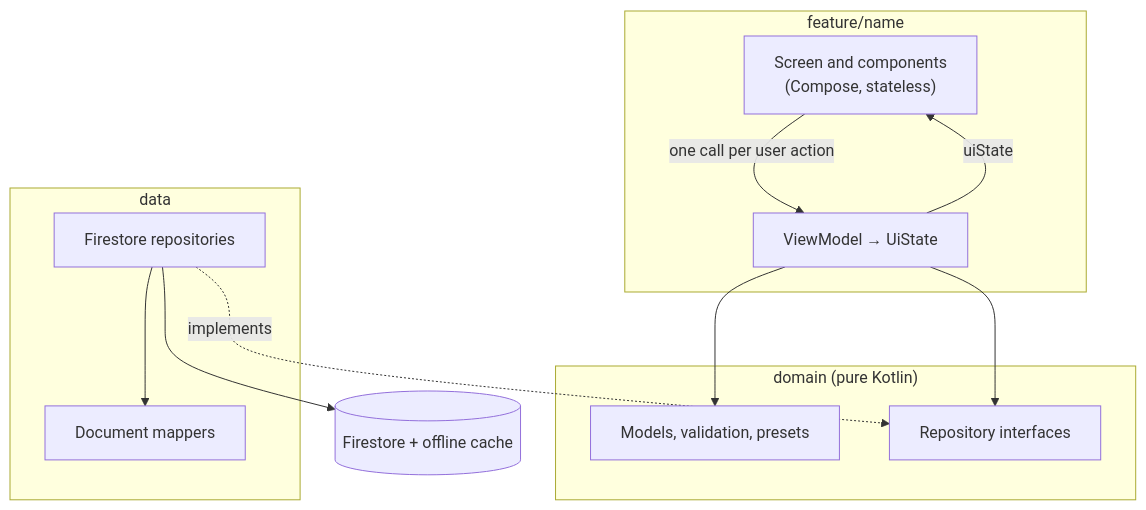
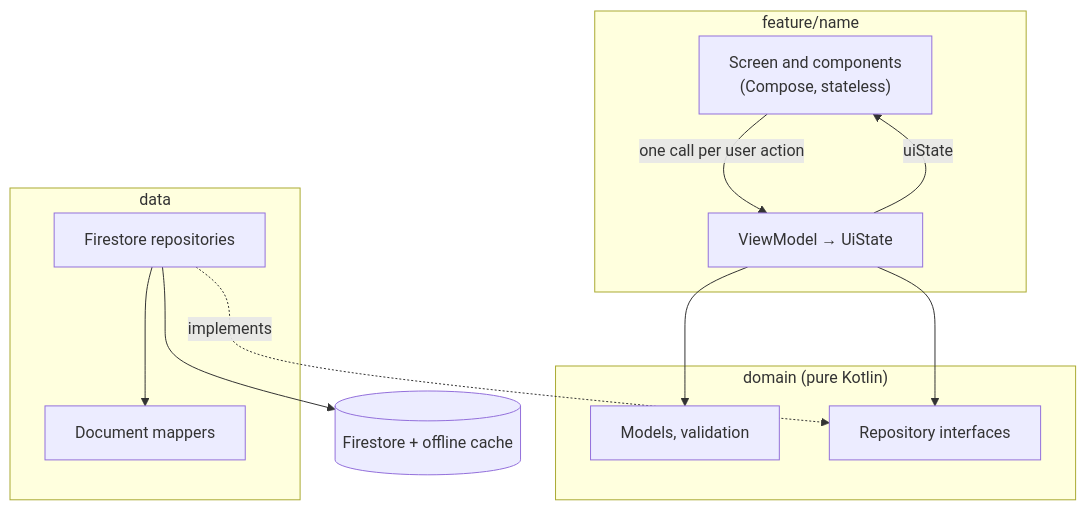
The second of 4 diagrams in docs/architecture/overview.md (Erkko68/orbit), drawn with Mermaid before and after one commit. The commit also changed other lines of this file and 314 other files, not shown here.

````diff
--- a/docs/architecture/overview.md
+++ b/docs/architecture/overview.md
@@ -23,22 +23,22 @@
 ```mermaid
 flowchart TB
     subgraph feature["feature/name"]
         ui["Screen and components<br/>(Compose, stateless)"]
         vm["ViewModel → UiState"]
     end
     subgraph domain["domain (pure Kotlin)"]
-        model["Models, validation, presets"]
+        model["Models, validation"]
         repo["Repository interfaces"]
     end
     subgraph data["data"]
         impl["Firestore repositories"]
         mapper["Document mappers"]
     end
     ui -- "one call per user action" --> vm
     vm -- "uiState" --> ui
     vm --> repo
     vm --> model
     impl -. implements .-> repo
     impl --> mapper
     impl --> fs[("Firestore + offline cache")]
 ```
````
